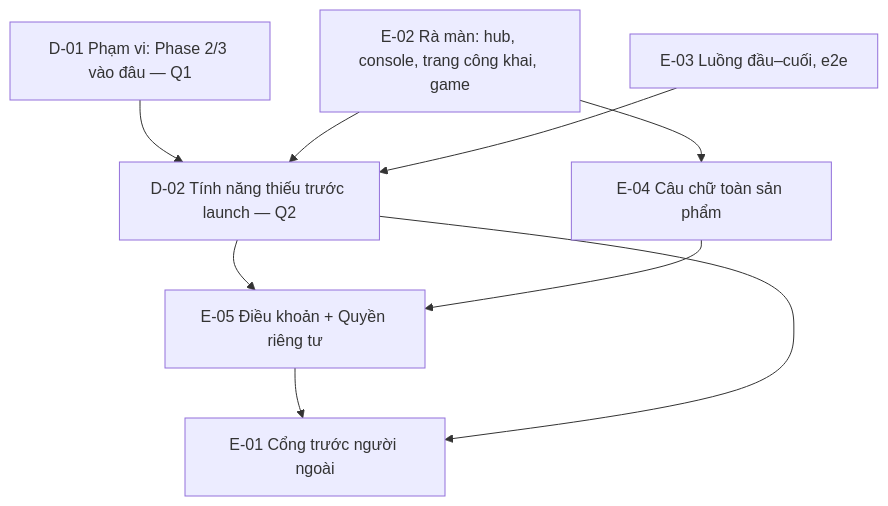
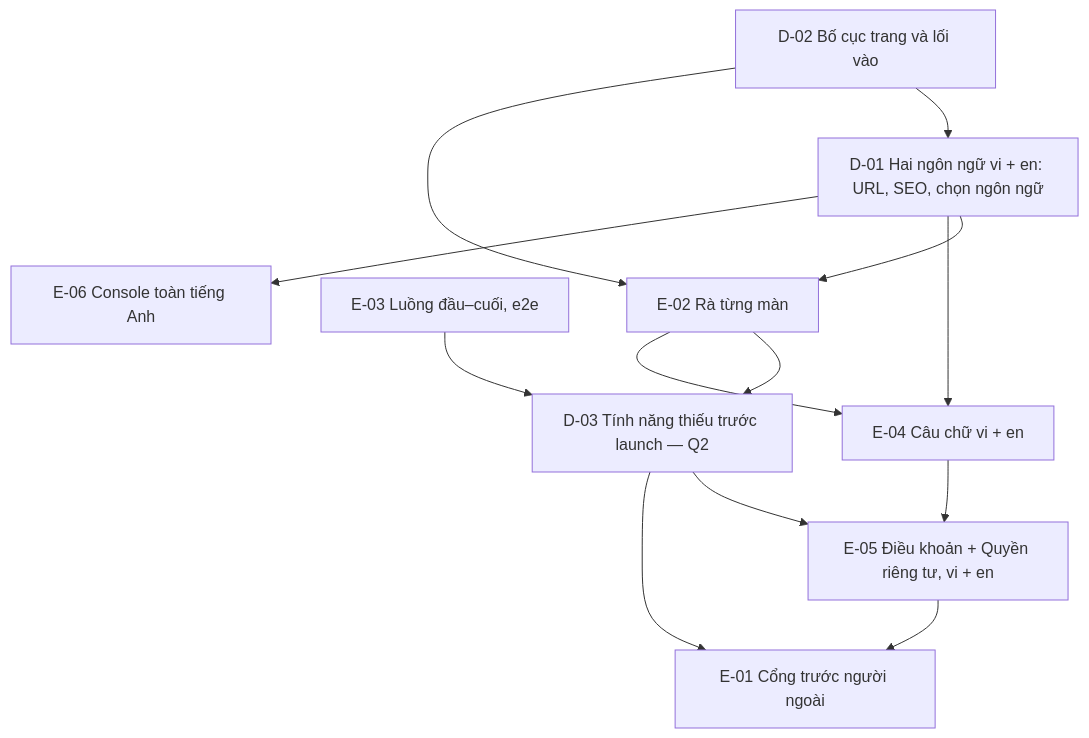
Before and after one commit to vinh466/tohe-play: the diagram in plans/launch-review/map.md, drawn with Mermaid. The commit also changed other lines of this file and 4 other files, not shown here.

Commit message:
plan(launch-review): the owner's answers (scope, two languages, console in English, no launch date); R-01 pages and ways in

````diff
--- a/plans/launch-review/map.md
+++ b/plans/launch-review/map.md
@@ -9,11 +9,15 @@
 ```mermaid
 flowchart TD
-  D01[D-01 Phạm vi: Phase 2/3 vào đâu — Q1] --> D02[D-02 Tính năng thiếu trước launch — Q2]
-  E02[E-02 Rà màn: hub, console, trang công khai, game] --> D02
-  E02 --> E04[E-04 Câu chữ toàn sản phẩm]
-  E03[E-03 Luồng đầu–cuối, e2e] --> D02
-  D02 --> E05[E-05 Điều khoản + Quyền riêng tư]
+  D02[D-02 Bố cục trang và lối vào] --> D01[D-01 Hai ngôn ngữ vi + en: URL, SEO, chọn ngôn ngữ]
+  D01 --> E02[E-02 Rà từng màn]
+  D02 --> E02
+  E02 --> D03[D-03 Tính năng thiếu trước launch — Q2]
+  E03[E-03 Luồng đầu–cuối, e2e] --> D03
+  D01 --> E04[E-04 Câu chữ vi + en]
+  E02 --> E04
+  D01 --> E06[E-06 Console toàn tiếng Anh]
+  D03 --> E05[E-05 Điều khoản + Quyền riêng tư, vi + en]
   E04 --> E05
   E05 --> E01[E-01 Cổng trước người ngoài]
-  D02 --> E01
+  D03 --> E01
 ```
````
